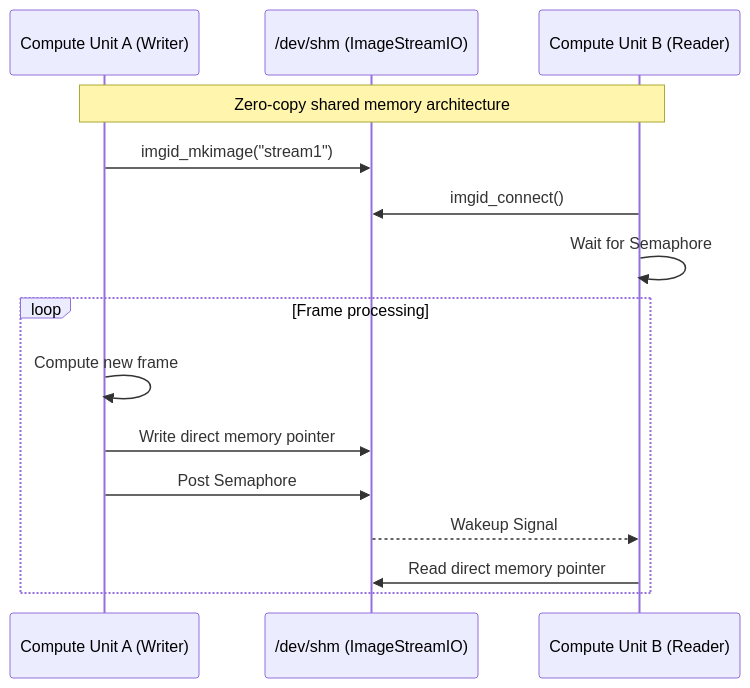
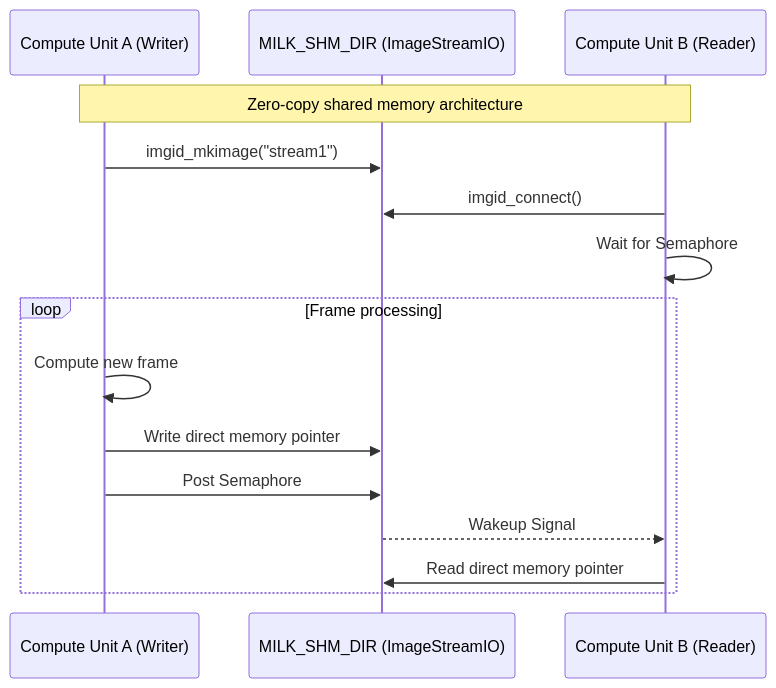
One commit to milk-org/milk changed the diagram in docs/guide/streams.md. Above: the diagram before and after it, drawn with Mermaid. The commit also changed other lines of this file and 222 other files, not shown here.

````diff
--- a/docs/guide/streams.md
+++ b/docs/guide/streams.md
@@ -24,19 +25,19 @@
 ```mermaid
 sequenceDiagram
     participant Writer as Compute Unit A (Writer)
-    participant SHM as /dev/shm (ImageStreamIO)
+    participant SHM as MILK_SHM_DIR (ImageStreamIO)
     participant Reader as Compute Unit B (Reader)
 
     Note over Writer, Reader: Zero-copy shared memory architecture
     Writer->>SHM: imgid_mkimage("stream1")
     Reader->>SHM: imgid_connect()
     Reader->>Reader: Wait for Semaphore
 
     loop Frame processing
         Writer->>Writer: Compute new frame
         Writer->>SHM: Write direct memory pointer
         Writer->>SHM: Post Semaphore
         SHM-->>Reader: Wakeup Signal
         Reader->>SHM: Read direct memory pointer
     end
 ```
````
